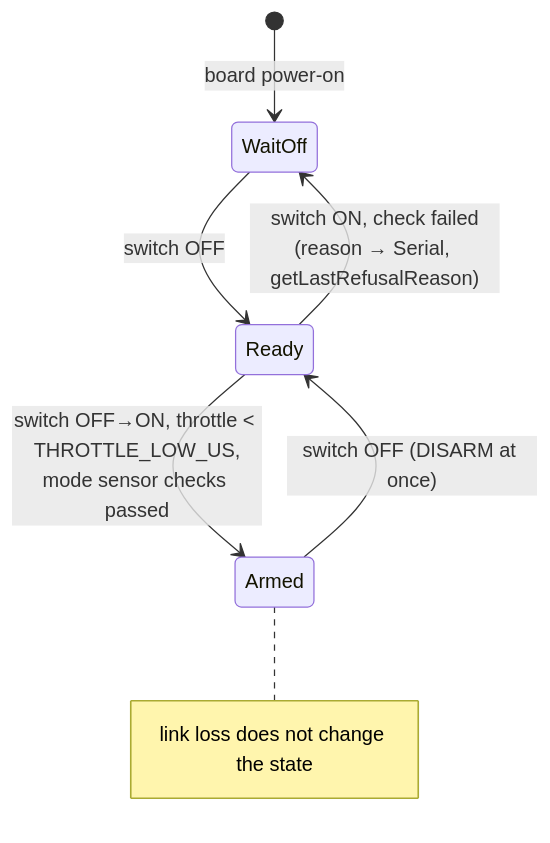
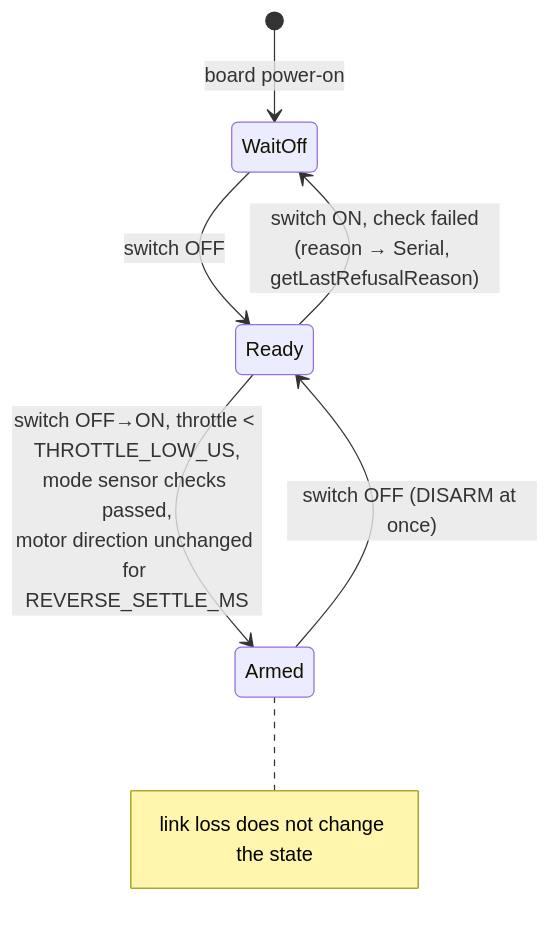
Before and after one commit to damir-lebedev/OpenPlaneProject: the seventh of 11 diagrams in docs/i18n/en/ARCHITECTURE.md, drawn with Mermaid. The commit also changed other lines of this file and 166 other files, not shown here.

First line of the commit message:
Make the bidirectional BLHeli 80A ESC the main one, with a disarm-only motor reverse

````diff
--- a/docs/i18n/en/ARCHITECTURE.md
+++ b/docs/i18n/en/ARCHITECTURE.md
@@ -453,9 +459,9 @@
 ```mermaid
 stateDiagram-v2
     [*] --> WaitOff : board power-on
     WaitOff --> Ready : switch OFF
-    Ready --> Armed : switch OFF→ON, throttle < THROTTLE_LOW_US,<br/>mode sensor checks passed
+    Ready --> Armed : switch OFF→ON, throttle < THROTTLE_LOW_US,<br/>mode sensor checks passed,<br/>motor direction unchanged for REVERSE_SETTLE_MS
     Ready --> WaitOff : switch ON, check failed<br/>(reason → Serial, getLastRefusalReason)
     Armed --> Ready : switch OFF (DISARM at once)
     note right of Armed : link loss does not change the state
 ```
````
